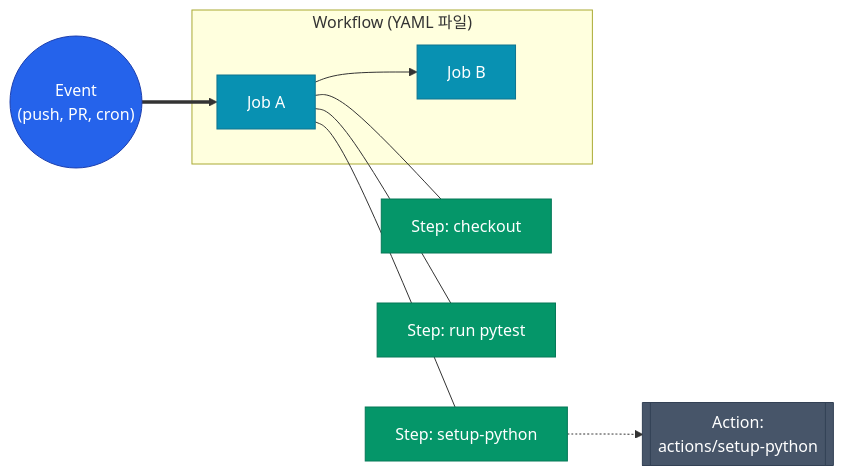
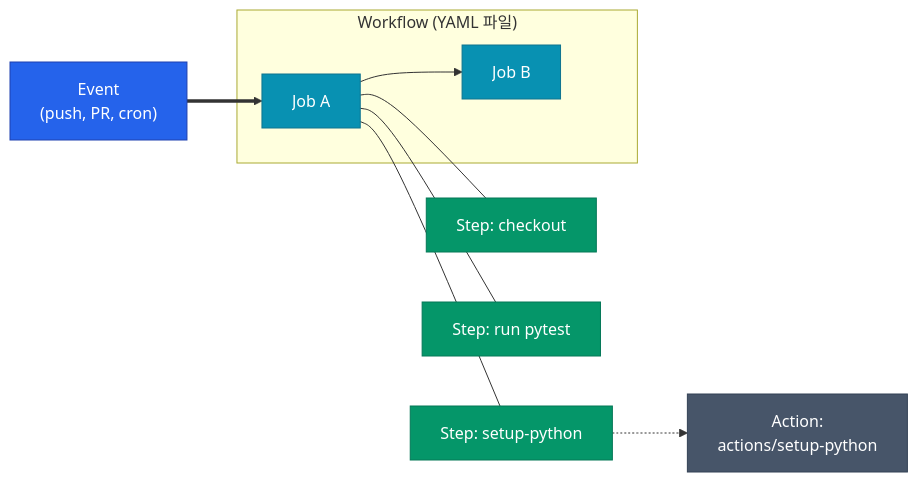
The diagram in _posts/2026-04-15-github-actions-01-overview.md (No1Joon/No1Joon.github.io), drawn with Mermaid before and after one commit. The commit also changed 18 other files, not shown here.

````diff
--- a/_posts/2026-04-15-github-actions-01-overview.md
+++ b/_posts/2026-04-15-github-actions-01-overview.md
@@ -19,25 +19,25 @@
 ```mermaid
 flowchart LR
-    E(("Event<br/>(push, PR, cron)"))
+    E["Event<br/>(push, PR, cron)"]
     subgraph wf["Workflow (YAML 파일)"]
         J1["Job A"]
         J2["Job B"]
         J1 --> J2
     end
     J1 --- S1["Step: checkout"]
     J1 --- S2["Step: setup-python"]
     J1 --- S3["Step: run pytest"]
-    S2 -.-> A1[["Action:<br/>actions/setup-python"]]
+    S2 -.-> A1["Action:<br/>actions/setup-python"]
 
     E ==> J1
 
     classDef primary fill:#2563eb,stroke:#1e40af,color:#ffffff
     classDef info fill:#0891b2,stroke:#0e7490,color:#ffffff
     classDef success fill:#059669,stroke:#047857,color:#ffffff
     classDef neutral fill:#475569,stroke:#334155,color:#ffffff
 
     class E primary
     class J1,J2 info
     class S1,S2,S3 success
     class A1 neutral
 ```
````
